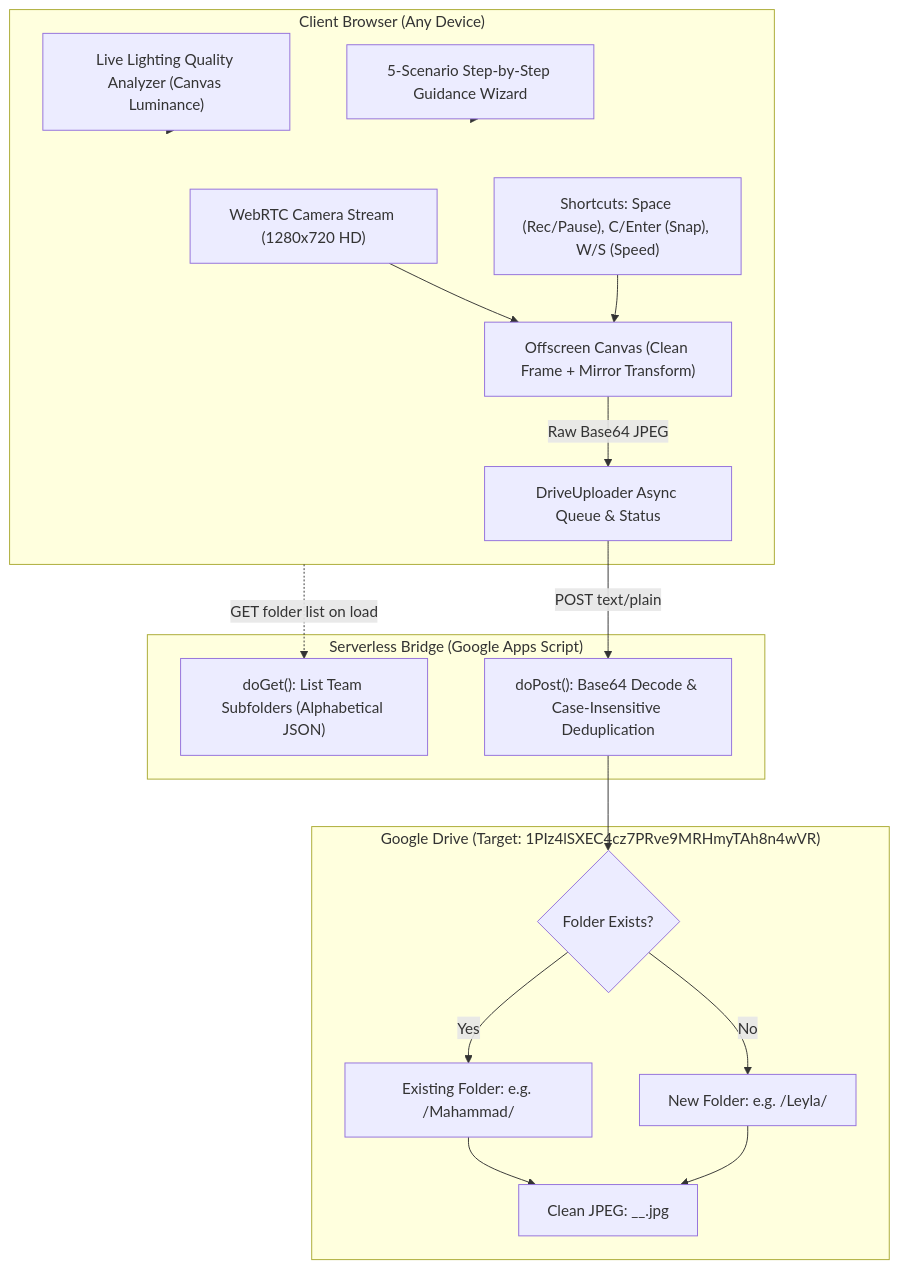
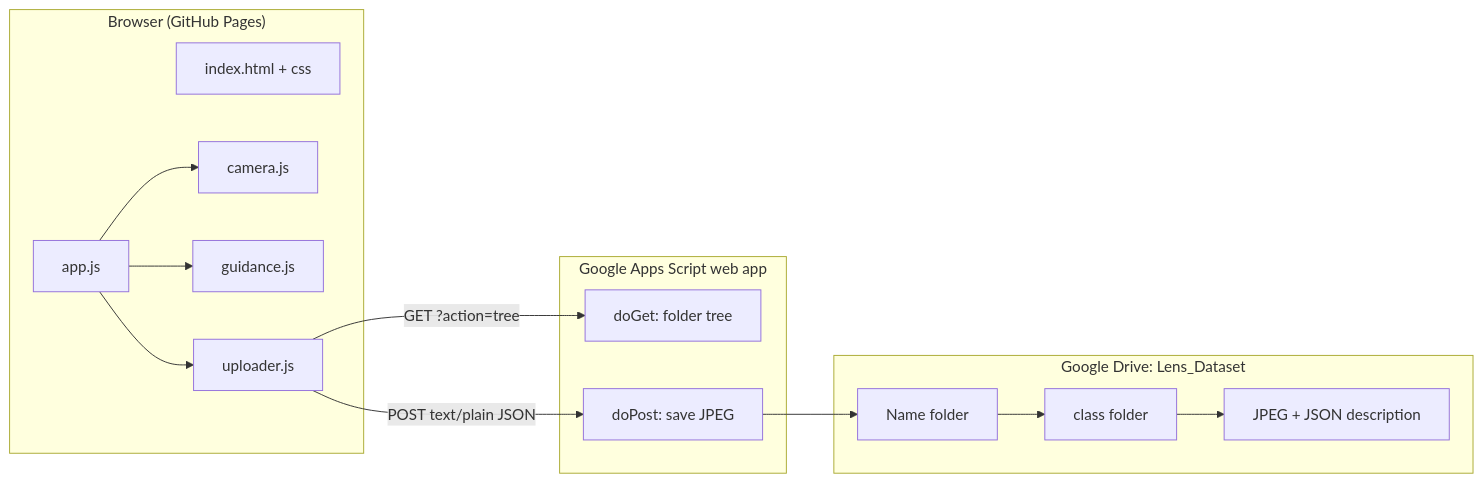
One commit to AvazAsgarov/lens-dataset-collector changed the diagram in docs/HANDOVER.md. Above: the diagram before and after it, drawn with Mermaid. The commit also changed other lines of this file and 21 other files, not shown here.

First line of the commit message:
v2: Name/Class Drive folders, redesigned UI, ~90 bug fixes

````diff
--- a/docs/HANDOVER.md
+++ b/docs/HANDOVER.md
@@ -36,36 +45,25 @@
 ```mermaid
-flowchart TD
-    subgraph Client ["Client Browser (Any Device)"]
-        Cam["WebRTC Camera Stream (1280x720 HD)"]
-        Luminance["Live Lighting Quality Analyzer (Canvas Luminance)"]
-        Wizard["5-Scenario Step-by-Step Guidance Wizard"]
-        Controls["Shortcuts: Space (Rec/Pause), C/Enter (Snap), W/S (Speed)"]
-        Canvas["Offscreen Canvas (Clean Frame + Mirror Transform)"]
-        Queue["DriveUploader Async Queue & Status"]
-    end
-
-    subgraph Backend ["Serverless Bridge (Google Apps Script)"]
-        doGet["doGet(): List Team Subfolders (Alphabetical JSON)"]
-        doPost["doPost(): Base64 Decode & Case-Insensitive Deduplication"]
-    end
-
-    subgraph Storage ["Google Drive (Target: 1PIz4lSXEC4cz7PRve9MRHmyTAh8n4wVR)"]
-        FolderLookup{"Folder Exists?"}
-        ExistingFolder["Existing Folder: e.g. /Mahammad/"]
-        NewFolder["New Folder: e.g. /Leyla/"]
-        DriveFile["Clean JPEG: <User>_<timestamp>_<rand>.jpg"]
-    end
-
-    Cam --> Canvas
-    Luminance --> Client
-    Wizard --> Client
-    Controls --> Canvas
-    Canvas -->|Raw Base64 JPEG| Queue
-    Queue -->|POST text/plain| doPost
-    Client -.->|GET folder list on load| doGet
-    doPost --> FolderLookup
-    FolderLookup -->|Yes| ExistingFolder
-    FolderLookup -->|No| NewFolder
-    ExistingFolder --> DriveFile
-    NewFolder --> DriveFile
+flowchart LR
+  subgraph Browser["Browser (GitHub Pages)"]
+    UI["index.html + css"]
+    APP["app.js"]
+    CAM["camera.js"]
+    GUIDE["guidance.js"]
+    UPL["uploader.js"]
+  end
+  subgraph GAS["Google Apps Script web app"]
+    GET["doGet: folder tree"]
+    POST["doPost: save JPEG"]
+  end
+  subgraph Drive["Google Drive: Lens_Dataset"]
+    P["Name folder"]
+    C["class folder"]
+    F["JPEG + JSON description"]
+  end
+  APP --> CAM
+  APP --> GUIDE
+  APP --> UPL
+  UPL -- "GET ?action=tree" --> GET
+  UPL -- "POST text/plain JSON" --> POST
+  POST --> P --> C --> F
 ```
````
